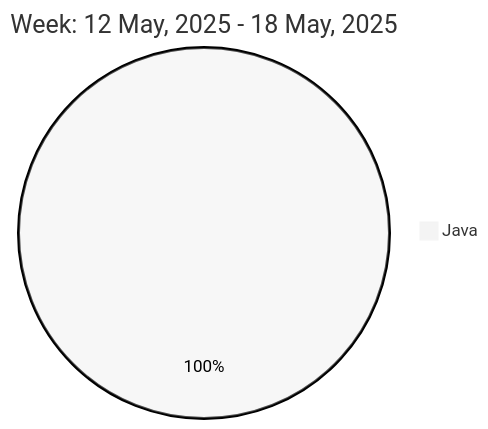
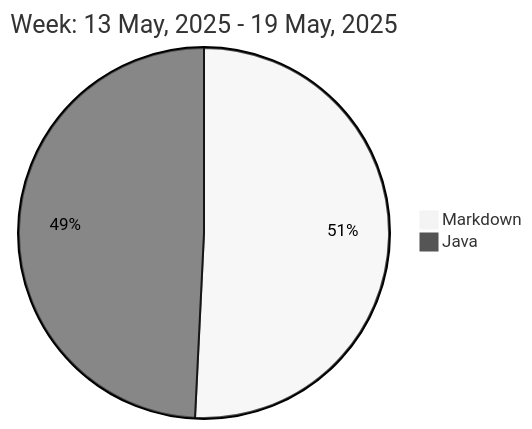
The diagram in README.md (liubin95/liubin95), drawn with Mermaid (neutral theme) before and after one commit.

Commit message:
Updated the Graph with new Metrics

````diff
--- a/README.md
+++ b/README.md
@@ -37,5 +37,6 @@
 ```mermaid
  pie
-title Week: 12 May, 2025 - 18 May, 2025
- "Java" : 2.25
+title Week: 13 May, 2025 - 19 May, 2025
+ "Markdown" : 2.3
+ "Java" : 2.23
 ```
````
